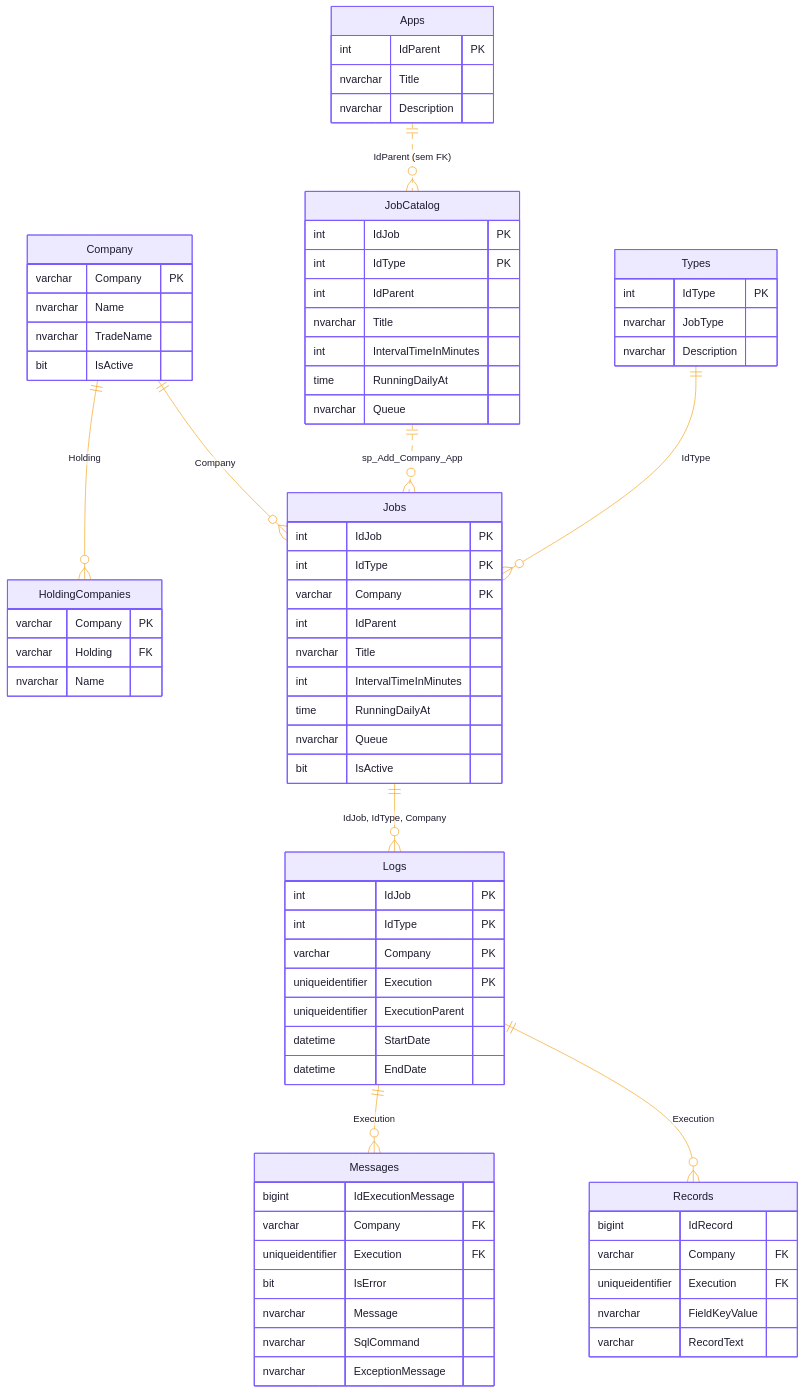
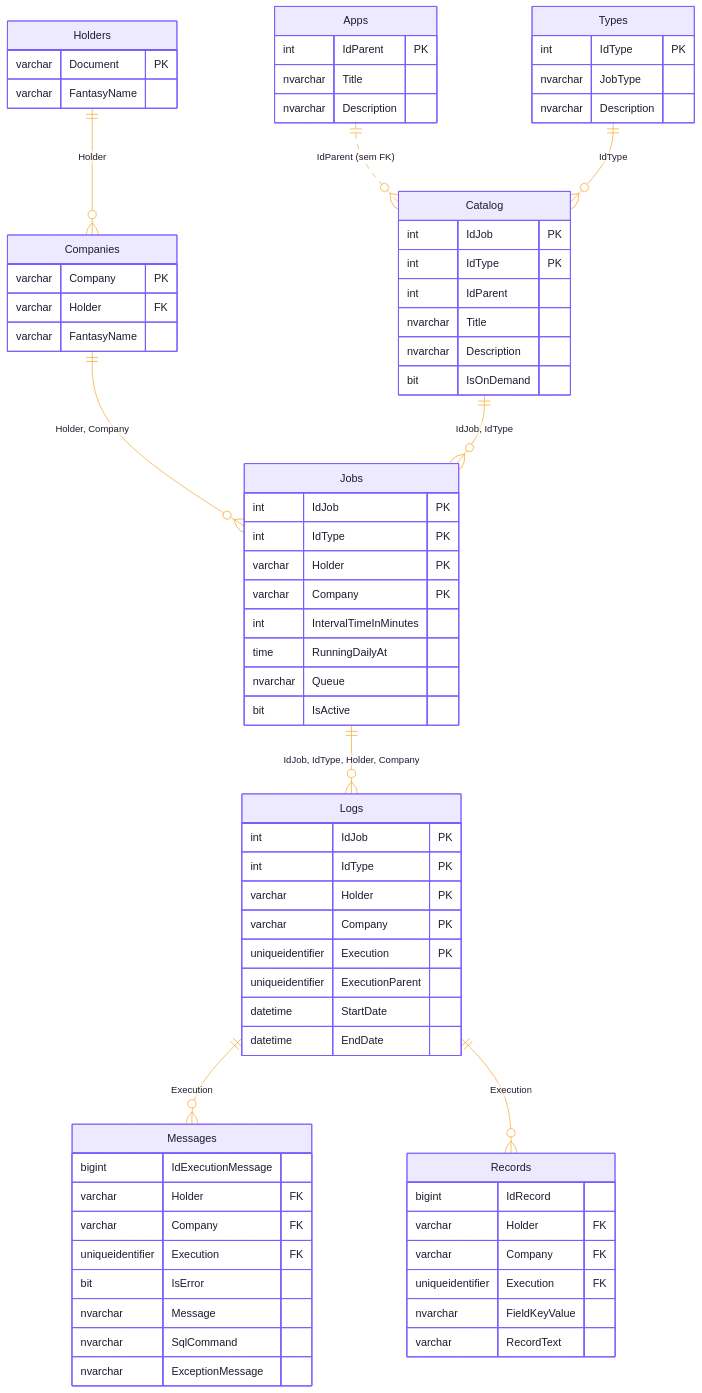
Before and after one commit to cayo-kume/extract-transform-load-integrations-system: the ninth of 11 diagrams in README.md, drawn with Mermaid. The commit also changed other lines of this file and 121 other files, not shown here.

````diff
--- a/README.md
+++ b/README.md
@@ -503,79 +507,78 @@
 ```mermaid
 %%{init: {'theme':'base','themeVariables':{'primaryColor':'#ede9fe','primaryTextColor':'#1e1b2e','primaryBorderColor':'#7c5cff','lineColor':'#f5a524','tertiaryColor':'#ffffff'}}}%%
 erDiagram
-    Company ||--o{ HoldingCompanies : "Holding"
-    Company ||--o{ Jobs : "Company"
-    Apps ||..o{ JobCatalog : "IdParent (sem FK)"
-    JobCatalog ||..o{ Jobs : "sp_Add_Company_App"
-    Types ||--o{ Jobs : "IdType"
-    Jobs ||--o{ Logs : "IdJob, IdType, Company"
+    Holders ||--o{ Companies : "Holder"
+    Companies ||--o{ Jobs : "Holder, Company"
+    Apps ||..o{ Catalog : "IdParent (sem FK)"
+    Catalog ||--o{ Jobs : "IdJob, IdType"
+    Types ||--o{ Catalog : "IdType"
+    Jobs ||--o{ Logs : "IdJob, IdType, Holder, Company"
     Logs ||--o{ Messages : "Execution"
     Logs ||--o{ Records : "Execution"
 
-    Company {
+    Holders {
+        varchar Document PK
+        varchar FantasyName
+    }
+    Companies {
         varchar Company PK
-        nvarchar Name
-        nvarchar TradeName
-        bit IsActive
-    }
-    HoldingCompanies {
-        varchar Company PK
-        varchar Holding FK
-        nvarchar Name
+        varchar Holder FK
+        varchar FantasyName
     }
     Apps {
         int IdParent PK
         nvarchar Title
         nvarchar Description
     }
     Types {
         int IdType PK
         nvarchar JobType
         nvarchar Description
     }
-    JobCatalog {
+    Catalog {
         int IdJob PK
         int IdType PK
         int IdParent
         nvarchar Title
-        int IntervalTimeInMinutes
-        time RunningDailyAt
-        nvarchar Queue
+        nvarchar Description
+        bit IsOnDemand
     }
     Jobs {
         int IdJob PK
         int IdType PK
+        varchar Holder PK
         varchar Company PK
-        int IdParent
-        nvarchar Title
         int IntervalTimeInMinutes
         time RunningDailyAt
         nvarchar Queue
         bit IsActive
     }
     Logs {
         int IdJob PK
         int IdType PK
+        varchar Holder PK
         varchar Company PK
         uniqueidentifier Execution PK
         uniqueidentifier ExecutionParent
         datetime StartDate
         datetime EndDate
     }
     Messages {
         bigint IdExecutionMessage
+        varchar Holder FK
         varchar Company FK
         uniqueidentifier Execution FK
         bit IsError
         nvarchar Message
         nvarchar SqlCommand
         nvarchar ExceptionMessage
     }
     Records {
         bigint IdRecord
+        varchar Holder FK
         varchar Company FK
         uniqueidentifier Execution FK
         nvarchar FieldKeyValue
         varchar RecordText
     }
 ```
````
